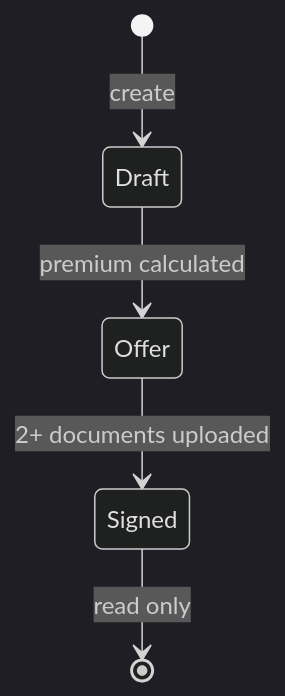
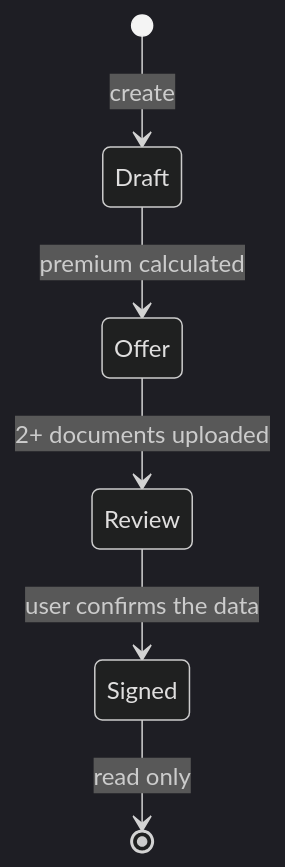
Before and after one commit to ui-training-contract-mgmt/contract-mgmt-docs: the diagram in chapters/00-business-knowledge.md, drawn with Mermaid (dark theme). The commit also changed other lines of this file and 10 other files, not shown here.

````diff
--- a/chapters/00-business-knowledge.md
+++ b/chapters/00-business-knowledge.md
@@ -20,7 +20,8 @@
 ```mermaid
 stateDiagram-v2
     [*] --> Draft: create
     Draft --> Offer: premium calculated
-    Offer --> Signed: 2+ documents uploaded
+    Offer --> Review: 2+ documents uploaded
+    Review --> Signed: user confirms the data
     Signed --> [*]: read only
 ```
````
